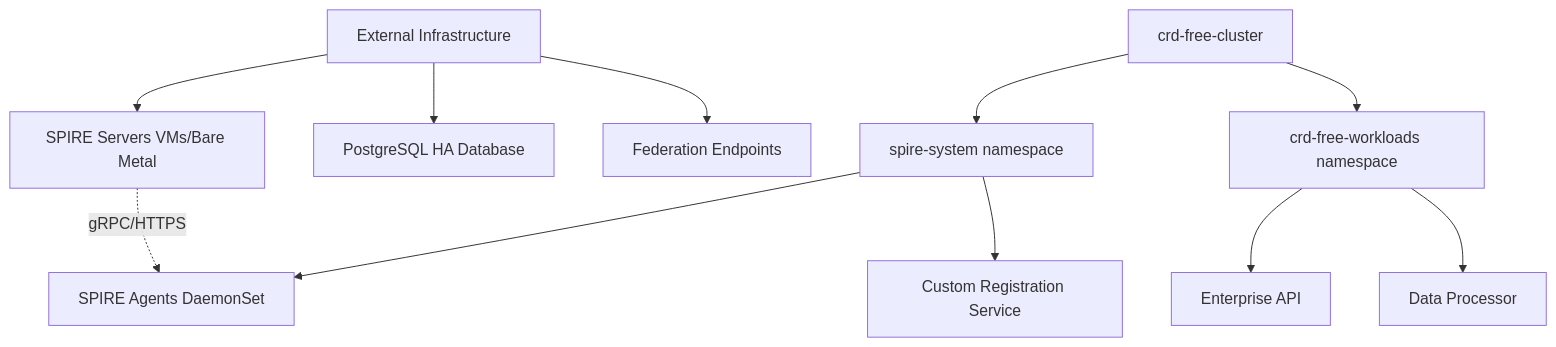
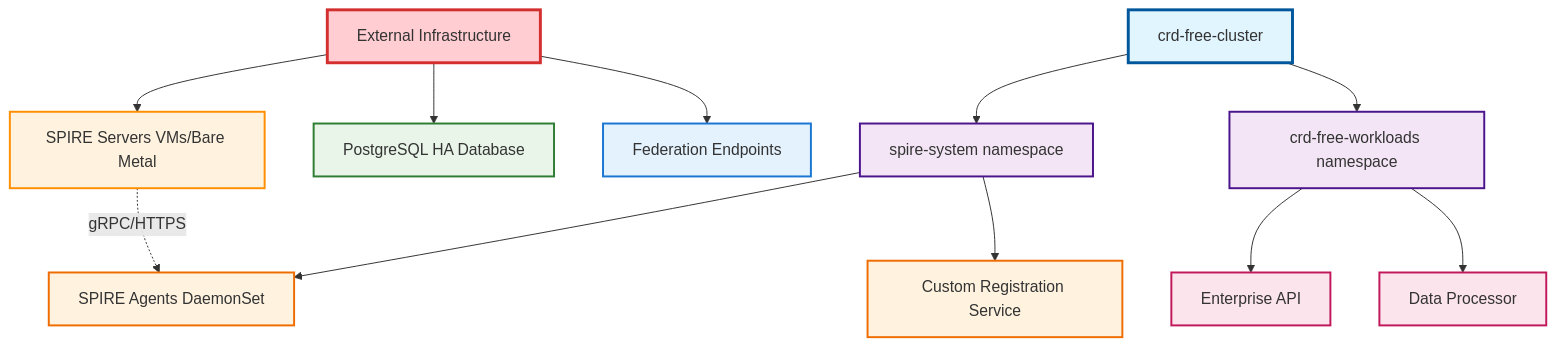
Before and after one commit to jfiser247/spire-dev: the third of 3 diagrams in docs-mkdocs/getting-started.md, drawn with Mermaid. The commit also changed other lines of this file and 8 other files, not shown here.

First line of the commit message:
Standardize all diagram formats and fix border alignment issues

````diff
--- a/docs-mkdocs/getting-started.md
+++ b/docs-mkdocs/getting-started.md
@@ -199,17 +226,30 @@
 ```mermaid
 graph TD
     A[External Infrastructure] --> B[SPIRE Servers VMs/Bare Metal]
     A --> C[PostgreSQL HA Database]
     A --> D[Federation Endpoints]
     
     E[crd-free-cluster] --> F[spire-system namespace]
     E --> G[crd-free-workloads namespace]
     
     F --> H[SPIRE Agents DaemonSet]
     F --> I[Custom Registration Service]
     
     G --> J[Enterprise API]
     G --> K[Data Processor]
     
     B -.->|gRPC/HTTPS| H
+    
+    %% Consistent styling
+    style A fill:#ffcdd2,stroke:#d32f2f,stroke-width:3px
+    style B fill:#fff3e0,stroke:#ff8f00,stroke-width:2px
+    style C fill:#e8f5e8,stroke:#2e7d32,stroke-width:2px
+    style D fill:#e3f2fd,stroke:#1976d2,stroke-width:2px
+    style E fill:#e1f5fe,stroke:#01579b,stroke-width:3px
+    style F fill:#f3e5f5,stroke:#4a148c,stroke-width:2px
+    style G fill:#f3e5f5,stroke:#4a148c,stroke-width:2px
+    style H fill:#fff3e0,stroke:#ef6c00,stroke-width:2px
+    style I fill:#fff3e0,stroke:#ef6c00,stroke-width:2px
+    style J fill:#fce4ec,stroke:#c2185b,stroke-width:2px
+    style K fill:#fce4ec,stroke:#c2185b,stroke-width:2px
 ```
````
